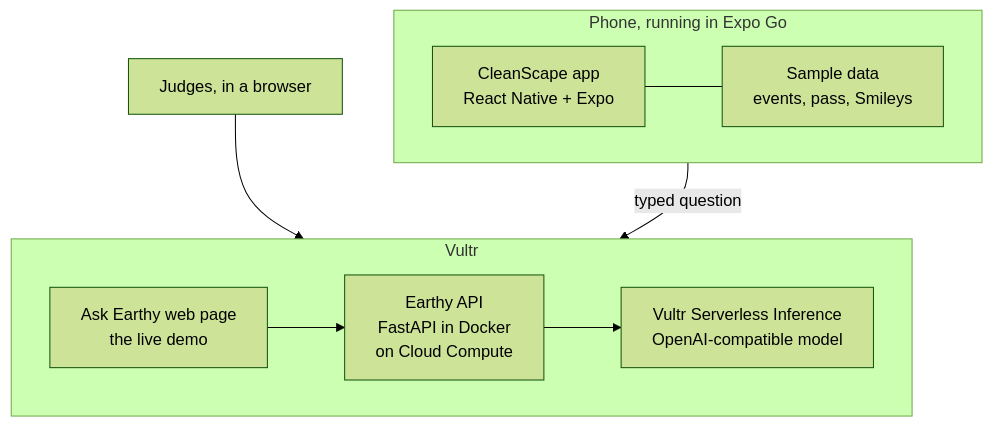
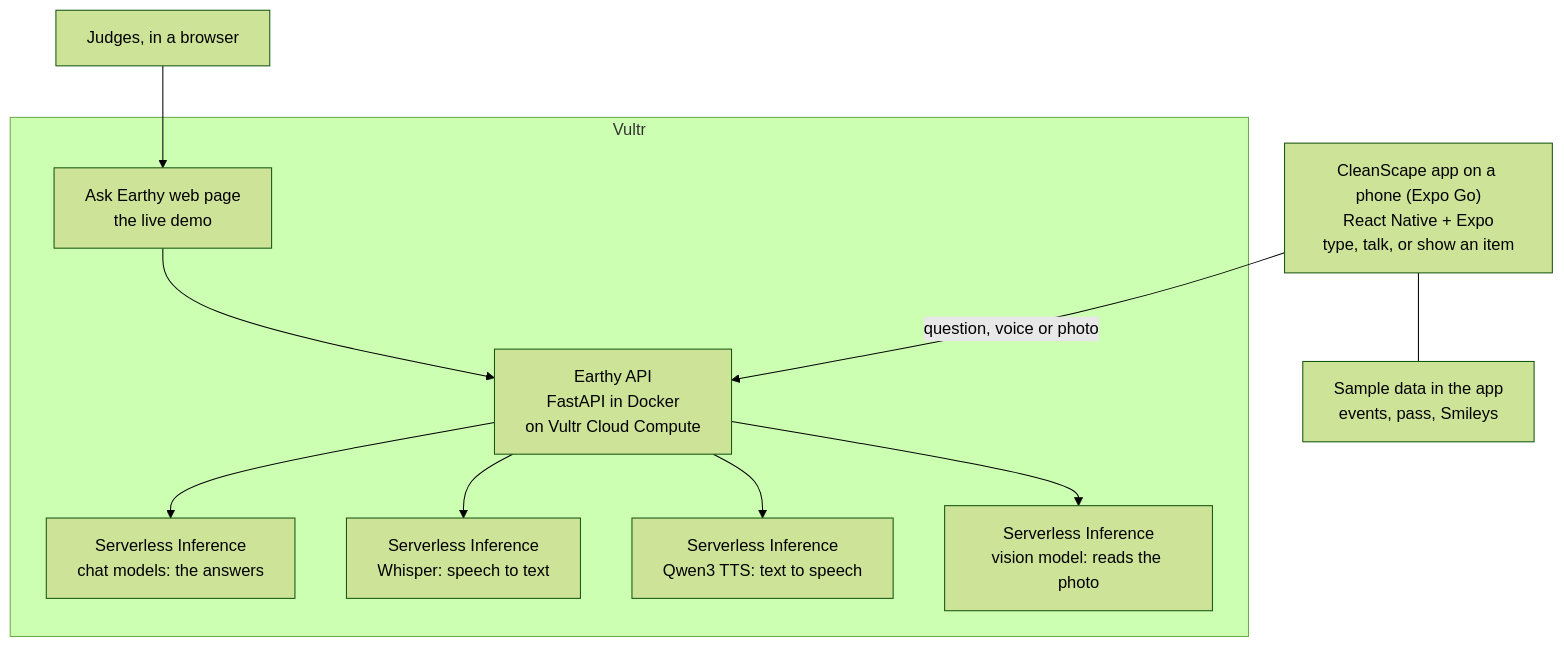
One commit to Nitin3241/cleanscape-hackglobal changed the diagram in docs/architecture.mmd. Above: the diagram before and after it, drawn with Mermaid (forest theme). The commit also changed 76 other files, not shown here.

First line of the commit message:
App: live voice, photo scan and the new Earthy home; README and diagram updated to match

```diff
--- a/docs/architecture.mmd
+++ b/docs/architecture.mmd
@@ -1,17 +1,20 @@
 flowchart TB
   Judge["Judges, in a browser"]
-  subgraph Phone["Phone, running in Expo Go"]
-    direction LR
-    App["CleanScape app<br/>React Native + Expo"]
-    Sample["Sample data<br/>events, pass, Smileys"]
-    App --- Sample
+  App["CleanScape app on a phone (Expo Go)<br/>React Native + Expo<br/>type, talk, or show an item"]
+  Sample["Sample data in the app<br/>events, pass, Smileys"]
+  App --- Sample
+  subgraph Vultr["Vultr"]
+    Web["Ask Earthy web page<br/>the live demo"]
+    API["Earthy API<br/>FastAPI in Docker<br/>on Vultr Cloud Compute"]
+    Chat["Serverless Inference<br/>chat models: the answers"]
+    STT["Serverless Inference<br/>Whisper: speech to text"]
+    TTS["Serverless Inference<br/>Qwen3 TTS: text to speech"]
+    Vision["Serverless Inference<br/>vision model: reads the photo"]
+    Web --> API
+    API --> Chat
+    API --> STT
+    API --> TTS
+    API --> Vision
   end
-  subgraph Vultr["Vultr"]
-    direction LR
-    Web["Ask Earthy web page<br/>the live demo"]
-    API["Earthy API<br/>FastAPI in Docker<br/>on Cloud Compute"]
-    LLM["Vultr Serverless Inference<br/>OpenAI-compatible model"]
-    Web --> API --> LLM
-  end
-  App -->|"typed question"| API
+  App -->|"question, voice or photo"| API
   Judge --> Web
```
